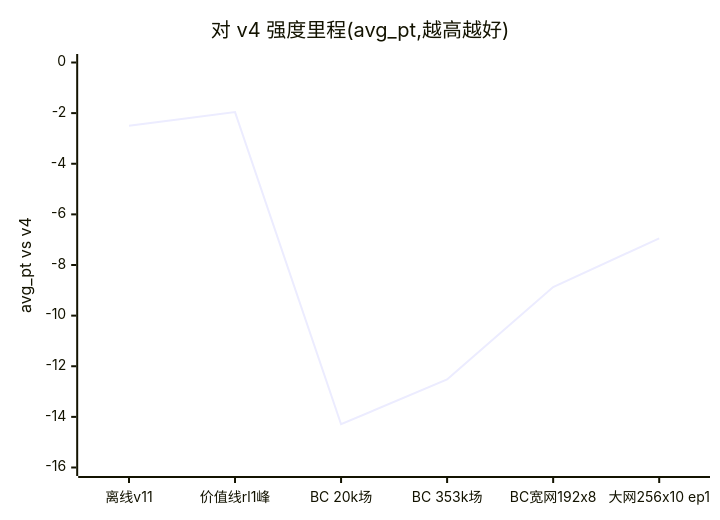
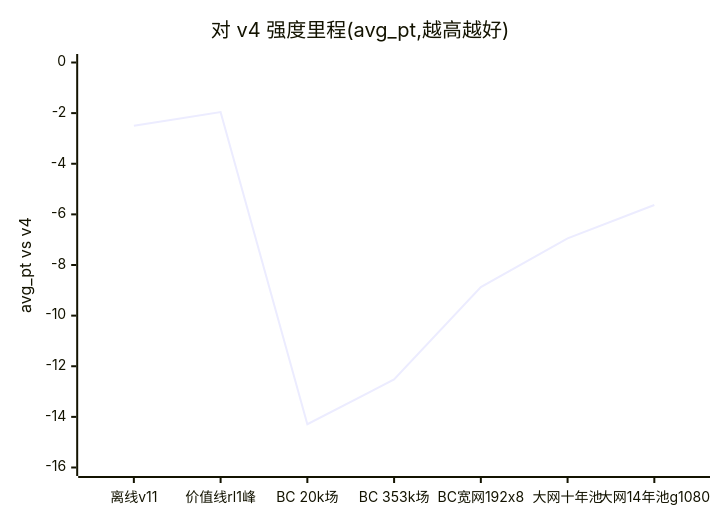
One commit to twu3202/TanyaoDojo changed the first of 2 diagrams in README.md. Above: the diagram before and after it, drawn with Mermaid. The commit also changed other lines of this file and 1 other file, not shown here.

````diff
--- a/README.md
+++ b/README.md
@@ -14,7 +14,7 @@
 ```mermaid
 xychart-beta
     title "对 v4 强度里程(avg_pt,越高越好)"
-    x-axis ["离线v11", "价值线rl1峰", "BC 20k场", "BC 353k场", "BC宽网192x8", "大网256x10 ep1"]
+    x-axis ["离线v11", "价值线rl1峰", "BC 20k场", "BC 353k场", "BC宽网192x8", "大网十年池", "大网14年池g1080"]
     y-axis "avg_pt vs v4" -16 --> 0
-    line [-2.50, -1.96, -14.29, -12.52, -8.87, -6.95]
+    line [-2.50, -1.96, -14.29, -12.52, -8.87, -6.95, -5.63]
 ```
````
